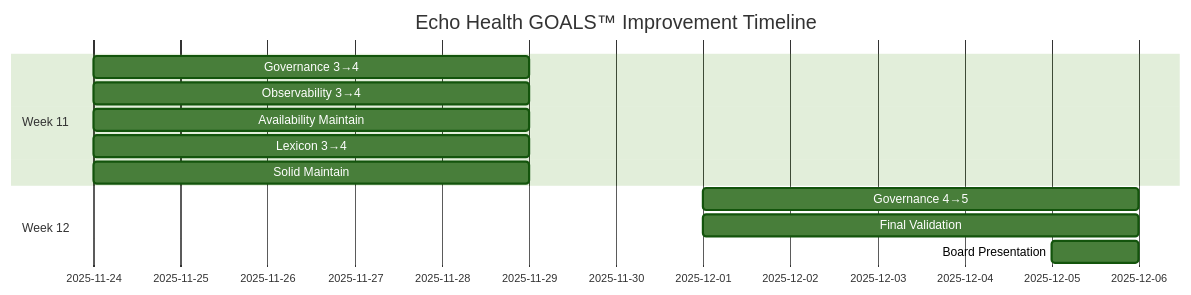
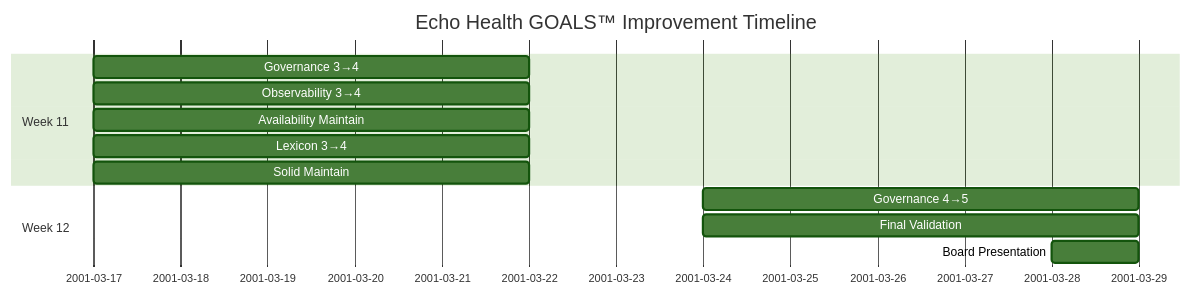
The second of 11 diagrams in manuscript/09_chapter_8_architecture_of_trust_in_action.md (saitejesh-cyber/trust-before-intelligence-book), drawn with Mermaid (forest theme) before and after one commit. The commit also changed other lines of this file and 4 other files, not shown here.

````diff
--- a/manuscript/09_chapter_8_architecture_of_trust_in_action.md
+++ b/manuscript/09_chapter_8_architecture_of_trust_in_action.md
@@ -147,17 +88,17 @@
 ```mermaid
 gantt
-    title Echo Health GOALS™ Improvement Timeline
-    dateFormat  YYYY-MM-DD
-    
-    section Week 11
-    Governance 3→4     :g1, 2025-11-24, 5d
-    Observability 3→4  :o1, 2025-11-24, 5d
-    Availability Maintain :a1, 2025-11-24, 5d
-    Lexicon 3→4        :l1, 2025-11-24, 5d
-    Solid Maintain     :s1, 2025-11-24, 5d
-    
-    section Week 12
-    Governance 4→5     :g2, 2025-12-01, 5d
-    Final Validation   :v1, 2025-12-01, 5d
-    Board Presentation :bp, 2025-12-05, 1d
+  title Echo Health GOALS™ Improvement Timeline
+  dateFormat YYYY-MM-DD
+  
+  section Week 11
+  Governance 3→4   :g1, 03-17, 5d
+  Observability 3→4 :o1, 03-17, 5d
+  Availability Maintain :a1, 03-17, 5d
+  Lexicon 3→4    :l1, 03-17, 5d
+  Solid Maintain   :s1, 03-17, 5d
+  
+  section Week 12
+  Governance 4→5   :g2, 03-24, 5d
+  Final Validation  :v1, 03-24, 5d
+  Board Presentation :bp, 03-28, 1d
 ```
````
